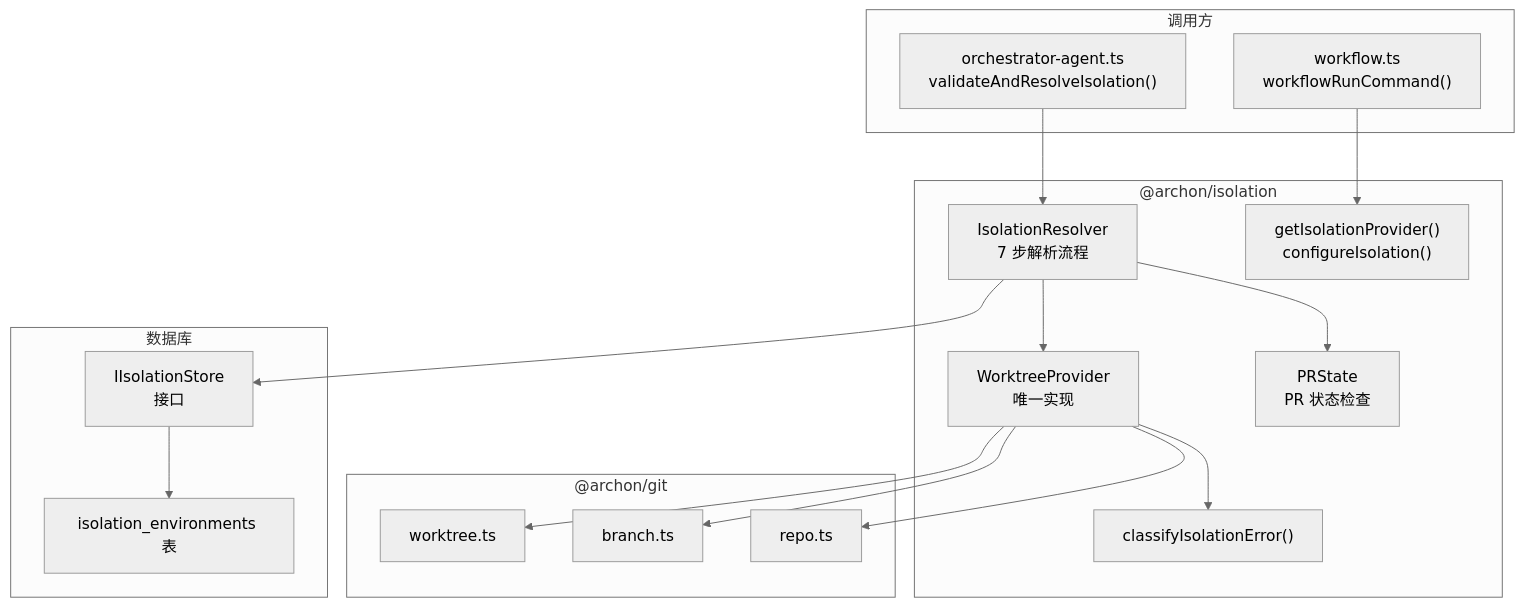
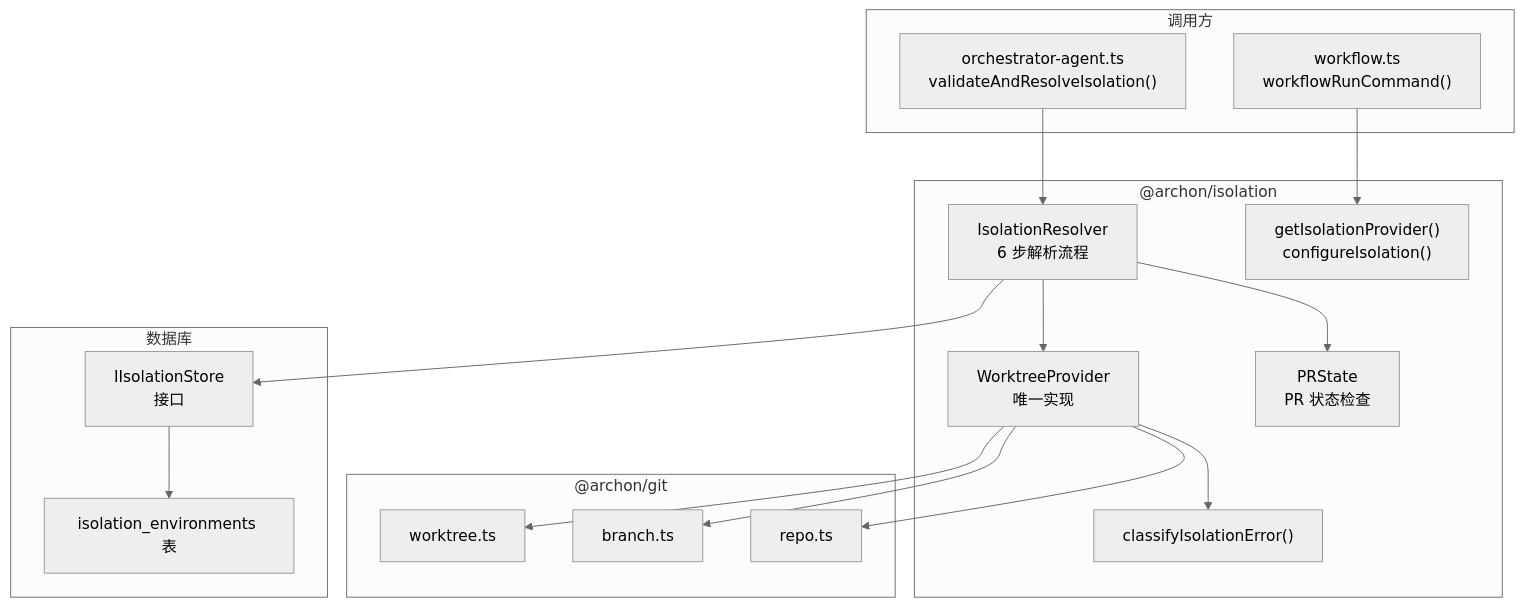
One commit to ljie-PI/code-deep-dive changed the first of 2 diagrams in archon/04-isolation-system.md. Above: the diagram before and after it, drawn with Mermaid. The commit also changed other lines of this file and 13 other files, not shown here.

````diff
--- a/archon/04-isolation-system.md
+++ b/archon/04-isolation-system.md
@@ -17,34 +17,34 @@
 ```mermaid
 %%{init: {'theme': 'neutral'}}%%
 graph TD
     subgraph Callers["调用方"]
         Orchestrator["orchestrator-agent.ts<br/>validateAndResolveIsolation()"]
         CLI["workflow.ts<br/>workflowRunCommand()"]
     end
 
     subgraph Isolation["@archon/isolation"]
-        Resolver["IsolationResolver<br/>7 步解析流程"]
+        Resolver["IsolationResolver<br/>6 步解析流程"]
         Factory["getIsolationProvider()<br/>configureIsolation()"]
         Provider["WorktreeProvider<br/>唯一实现"]
         ErrorClassifier["classifyIsolationError()"]
         PRState["PRState<br/>PR 状态检查"]
     end
 
     subgraph Git["@archon/git"]
         Worktree["worktree.ts"]
         Branch["branch.ts"]
         Repo["repo.ts"]
     end
 
     subgraph Store["数据库"]
         IStore["IIsolationStore<br/>接口"]
         DB["isolation_environments 表"]
     end
 
     Orchestrator --> Resolver
     CLI --> Factory
     Resolver --> Provider --> Worktree & Branch & Repo
     Resolver --> IStore --> DB
     Resolver --> PRState
     Provider --> ErrorClassifier
 ```
````
